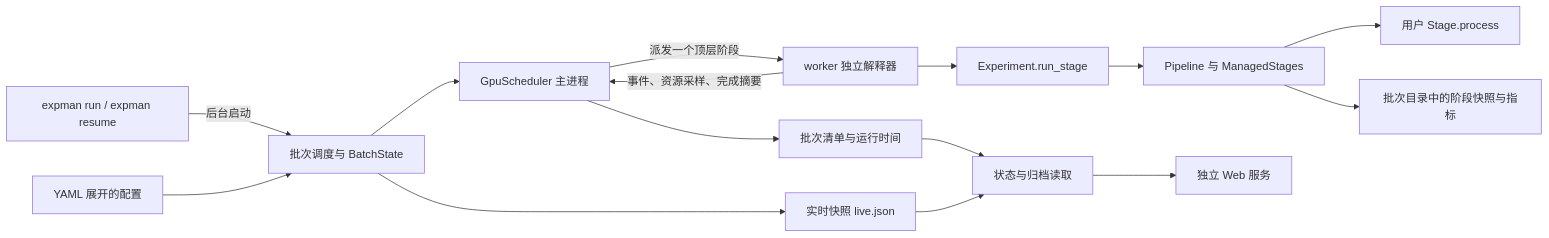
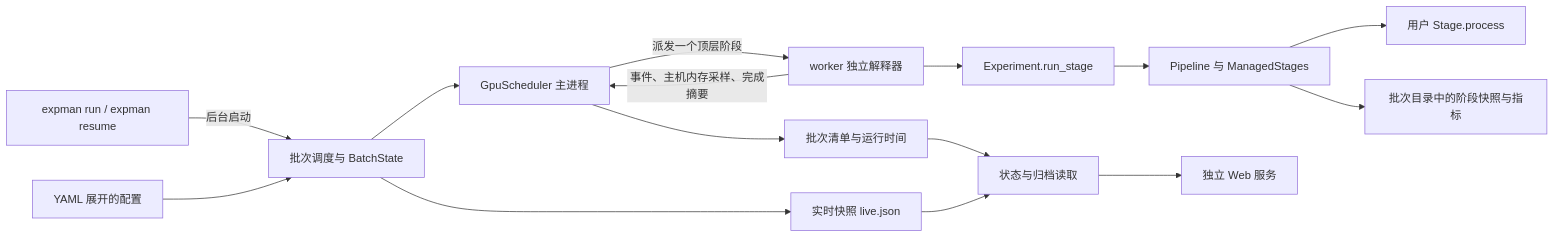
The diagram in DESIGN.md (xuEZer/expman), drawn with Mermaid before and after one commit. The commit also changed other lines of this file and 9 other files, not shown here.

````diff
--- a/DESIGN.md
+++ b/DESIGN.md
@@ -21,17 +21,17 @@
 ```mermaid
 flowchart LR
     CLI["expman run / expman resume"] -->|后台启动| B["批次调度与 BatchState"]
     CFG["YAML 展开的配置"] --> B
     B --> G["GpuScheduler 主进程"]
     G -->|派发一个顶层阶段| W["worker 独立解释器"]
     W --> E["Experiment.run_stage"]
     E --> P["Pipeline 与 ManagedStages"]
     P --> U["用户 Stage.process"]
-    W -->|事件、资源采样、完成摘要| G
+    W -->|事件、主机内存采样、完成摘要| G
     P --> D["批次目录中的阶段快照与指标"]
     G --> M["批次清单与运行时间"]
     B --> L["实时快照 live.json"]
     M --> V["状态与归档读取"]
     L --> V
     V --> UI["独立 Web 服务"]
 ```
````
